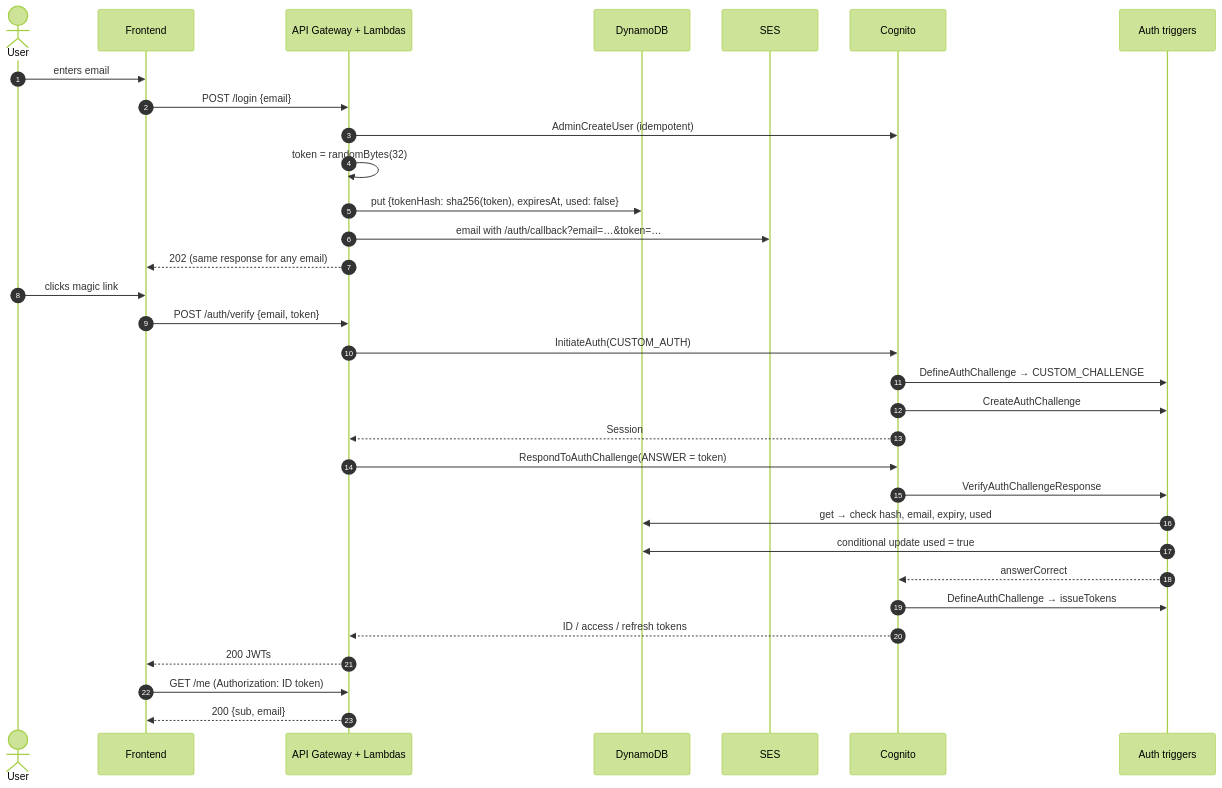
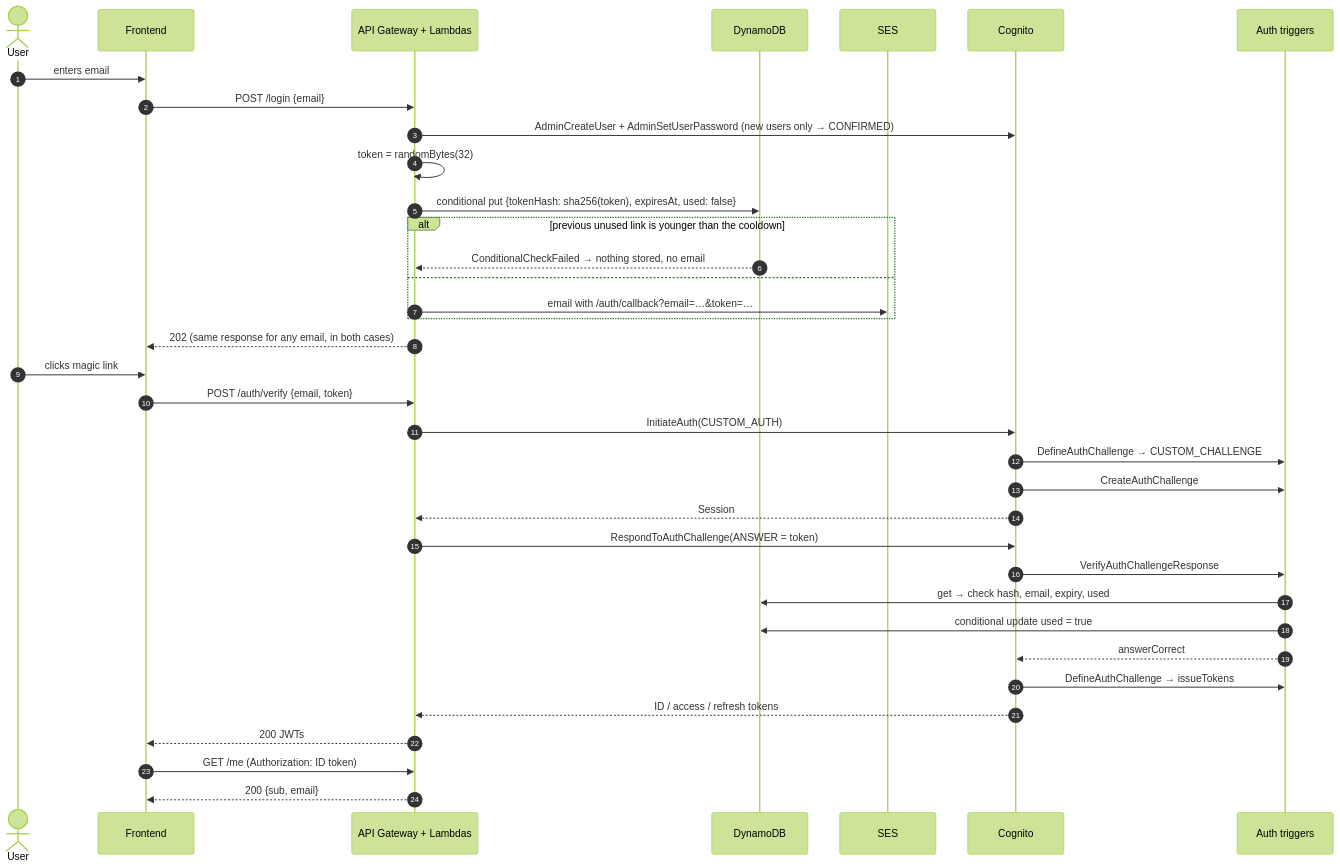
Before and after one commit to luizcurti/magic-links-with-amazon-cognito: the diagram in README.md, drawn with Mermaid (forest theme). The commit also changed other lines of this file and 62 other files, not shown here.

````diff
--- a/README.md
+++ b/README.md
@@ -86,36 +67,40 @@
 ```mermaid
 sequenceDiagram
     autonumber
     actor U as User
     participant FE as Frontend
     participant API as API Gateway + Lambdas
     participant DB as DynamoDB
     participant SES as SES
     participant C as Cognito
     participant T as Auth triggers
 
     U->>FE: enters email
     FE->>API: POST /login {email}
-    API->>C: AdminCreateUser (idempotent)
+    API->>C: AdminCreateUser + AdminSetUserPassword (new users only → CONFIRMED)
     API->>API: token = randomBytes(32)
-    API->>DB: put {tokenHash: sha256(token), expiresAt, used: false}
-    API->>SES: email with /auth/callback?email=…&token=…
-    API-->>FE: 202 (same response for any email)
+    API->>DB: conditional put {tokenHash: sha256(token), expiresAt, used: false}
+    alt previous unused link is younger than the cooldown
+        DB-->>API: ConditionalCheckFailed → nothing stored, no email
+    else
+        API->>SES: email with /auth/callback?email=…&token=…
+    end
+    API-->>FE: 202 (same response for any email, in both cases)
 
     U->>FE: clicks magic link
     FE->>API: POST /auth/verify {email, token}
     API->>C: InitiateAuth(CUSTOM_AUTH)
     C->>T: DefineAuthChallenge → CUSTOM_CHALLENGE
     C->>T: CreateAuthChallenge
     C-->>API: Session
     API->>C: RespondToAuthChallenge(ANSWER = token)
     C->>T: VerifyAuthChallengeResponse
     T->>DB: get → check hash, email, expiry, used
     T->>DB: conditional update used = true
     T-->>C: answerCorrect
     C->>T: DefineAuthChallenge → issueTokens
     C-->>API: ID / access / refresh tokens
     API-->>FE: 200 JWTs
     FE->>API: GET /me (Authorization: ID token)
     API-->>FE: 200 {sub, email}
 ```
````
